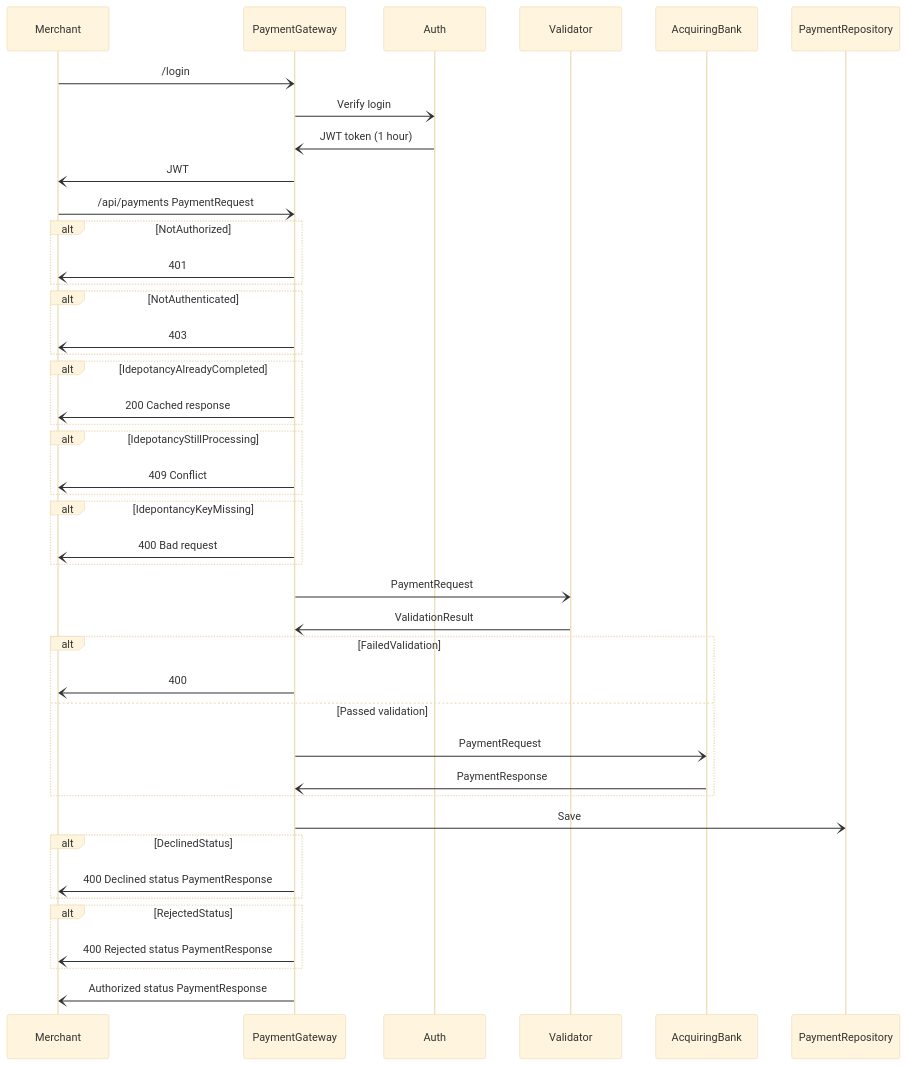
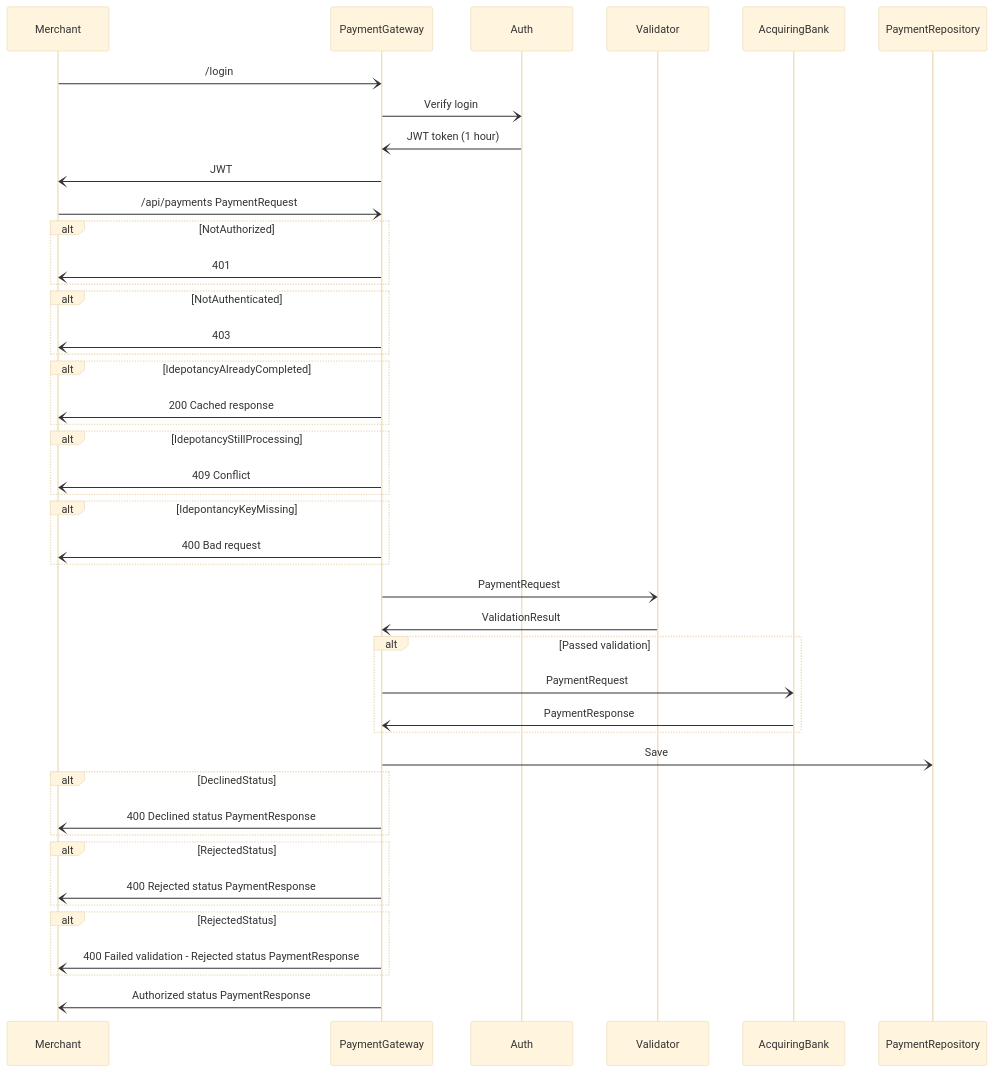
The diagram in README.md (karldcodes/checkoutdemo), drawn with Mermaid (base theme) before and after one commit.

````diff
--- a/README.md
+++ b/README.md
@@ -7,46 +7,47 @@
 ```mermaid
 sequenceDiagram
     Merchant-)PaymentGateway: /login
     PaymentGateway-)Auth: Verify login
     Auth-)PaymentGateway: JWT token (1 hour)
     PaymentGateway-)Merchant: JWT
     Merchant-)PaymentGateway: /api/payments PaymentRequest
     alt NotAuthorized
         PaymentGateway-)Merchant: 401
     end
     alt NotAuthenticated
         PaymentGateway-)Merchant: 403
     end
     alt IdepotancyAlreadyCompleted
         PaymentGateway-)Merchant: 200 Cached response
     end
     alt IdepotancyStillProcessing
         PaymentGateway-)Merchant: 409 Conflict
     end
     alt IdepontancyKeyMissing
         PaymentGateway-)Merchant: 400 Bad request
     end
 
     PaymentGateway-)Validator: PaymentRequest
     Validator-)PaymentGateway: ValidationResult
-    alt FailedValidation
-        PaymentGateway-)Merchant: 400
-    else Passed validation
-
-    PaymentGateway-)AcquiringBank: PaymentRequest
-    AcquiringBank-)PaymentGateway: PaymentResponse
     
+    alt Passed validation
+        PaymentGateway-)AcquiringBank: PaymentRequest
+        AcquiringBank-)PaymentGateway: PaymentResponse
     end
 
     PaymentGateway-)PaymentRepository: Save
 
     alt DeclinedStatus
         PaymentGateway-)Merchant: 400 Declined status PaymentResponse
     end
 
     alt RejectedStatus
         PaymentGateway-)Merchant: 400 Rejected status PaymentResponse
     end
 
+    alt RejectedStatus
+        PaymentGateway-)Merchant: 400 Failed validation - Rejected status PaymentResponse
+    end
+
     PaymentGateway-)Merchant: Authorized status PaymentResponse
 ```
````
